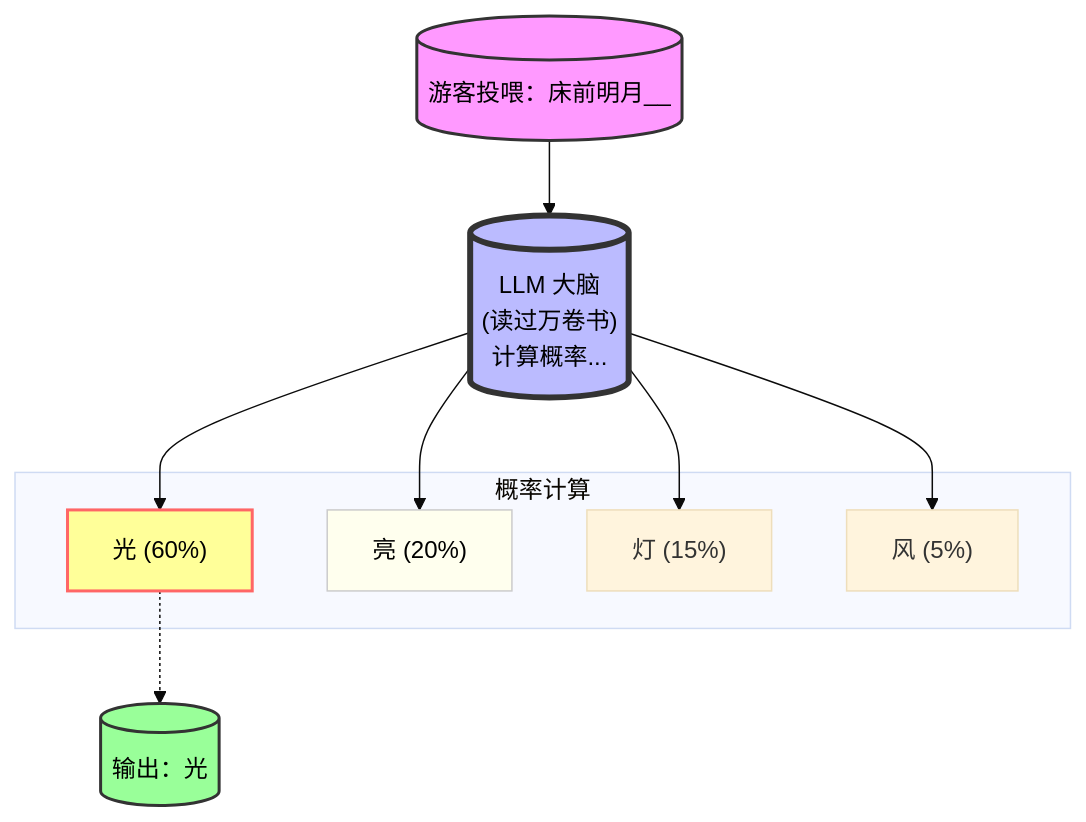
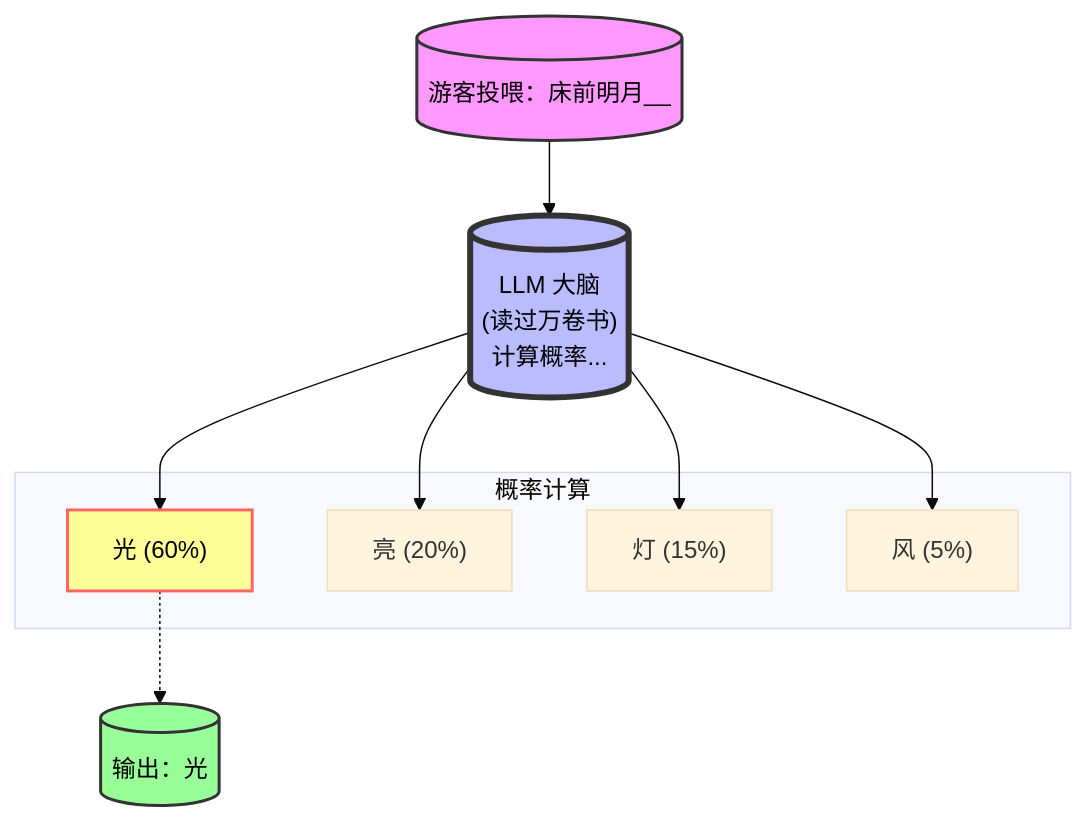
One commit to QuenLee/ai-zoo changed the diagram in src/content/docs/01-llm.mdx. Above: the diagram before and after it, drawn with Mermaid (base theme). The commit also changed other lines of this file and 6 other files, not shown here.

````diff
--- a/src/content/docs/01-llm.mdx
+++ b/src/content/docs/01-llm.mdx
@@ -38,27 +57,26 @@
 ```mermaid
 flowchart TD
     Input[("游客投喂：床前明月__")]
     Parrot[("LLM 大脑\n(读过万卷书)\n计算概率...")]
     
     subgraph Probabilities [概率计算]
         P1["光 (60%)"]
         P2["亮 (20%)"]
         P3["灯 (15%)"]
         P4["风 (5%)"]
     end
     
     Output[("输出：光")]
 
     Input --> Parrot
     Parrot --> P1
     Parrot --> P2
     Parrot --> P3
     Parrot --> P4
     P1 -.-> Output
 
     style Input fill:#f9f,stroke:#333,stroke-width:2px,color:#000
     style Parrot fill:#bbf,stroke:#333,stroke-width:4px,color:#000
     style Output fill:#9f9,stroke:#333,stroke-width:2px,color:#000
     style P1 fill:#ff9,stroke:#f66,stroke-width:2px,color:#000
-    style P2 fill:#ffe,stroke:#ccc,stroke-width:1px,color:#000
 ```
````
